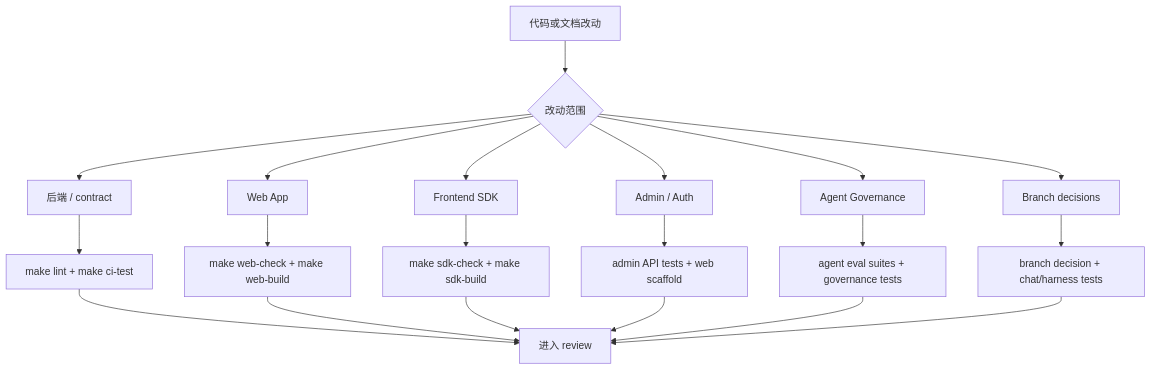
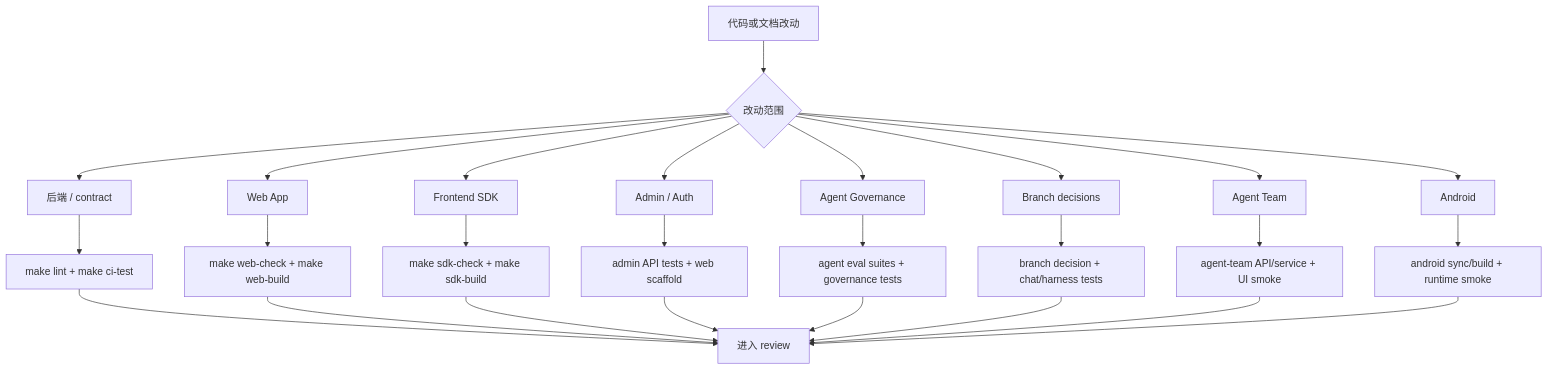
The diagram in docs/development.zh-CN.md (William-zgx/focus-agent), drawn with Mermaid before and after one commit. The commit also changed other lines of this file and 18 other files, not shown here.

````diff
--- a/docs/development.zh-CN.md
+++ b/docs/development.zh-CN.md
@@ -5,22 +13,28 @@
 ```mermaid
 flowchart TD
     Change["代码或文档改动"] --> Scope{"改动范围"}
     Scope --> Backend["后端 / contract"]
     Scope --> Web["Web App"]
     Scope --> SDK["Frontend SDK"]
     Scope --> Admin["Admin / Auth"]
     Scope --> Agent["Agent Governance"]
     Scope --> Branch["Branch decisions"]
+    Scope --> Team["Agent Team"]
+    Scope --> Mobile["Android"]
     Backend --> CI["make lint + make ci-test"]
     Web --> WebChecks["make web-check + make web-build"]
     SDK --> SDKChecks["make sdk-check + make sdk-build"]
     Admin --> AdminChecks["admin API tests + web scaffold"]
     Agent --> Eval["agent eval suites + governance tests"]
     Branch --> BranchChecks["branch decision + chat/harness tests"]
+    Team --> TeamChecks["agent-team API/service + UI smoke"]
+    Mobile --> AndroidChecks["android sync/build + runtime smoke"]
     CI --> Done["进入 review"]
     WebChecks --> Done
     SDKChecks --> Done
     AdminChecks --> Done
     Eval --> Done
     BranchChecks --> Done
+    TeamChecks --> Done
+    AndroidChecks --> Done
 ```
````
